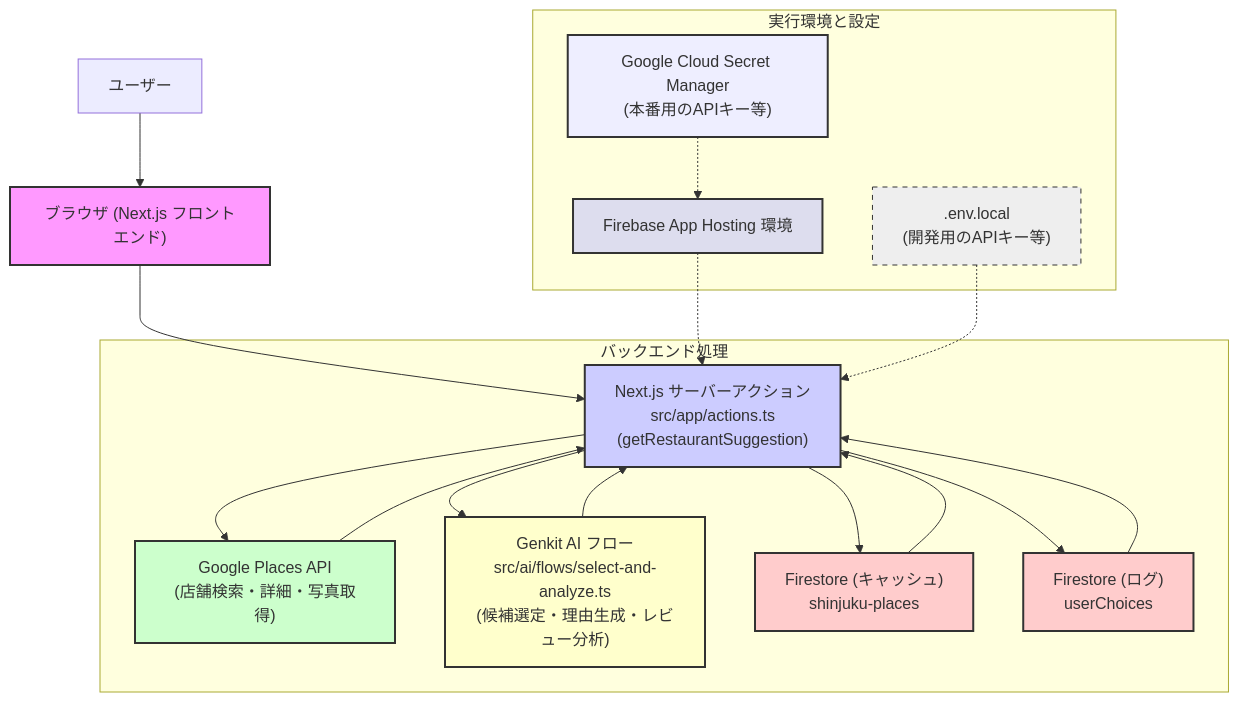
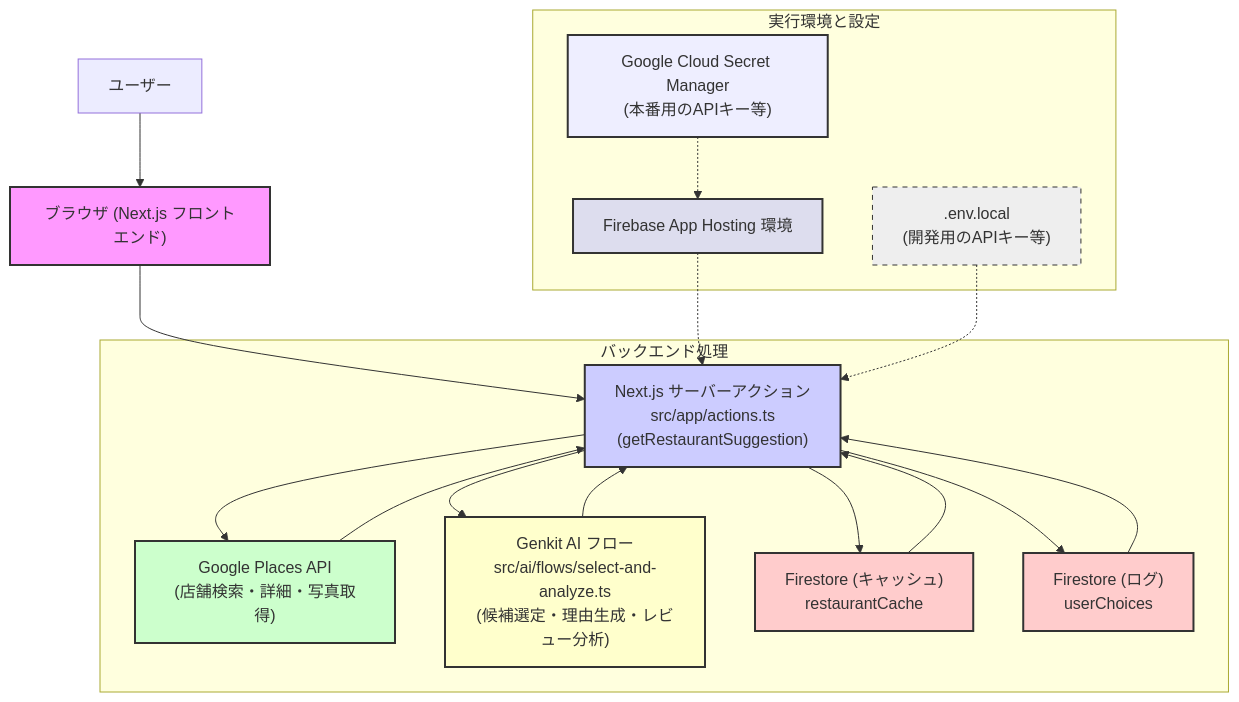
Before and after one commit to Yuya-Ishibashi0/AI-kanji: the first of 2 diagrams in README.md, drawn with Mermaid. The commit also changed other lines of this file and 1 other file, not shown here.

````diff
--- a/README.md
+++ b/README.md
@@ -30,33 +30,33 @@
 ```mermaid
 graph TD
     User[ユーザー] --> Browser["ブラウザ (Next.js フロントエンド)"]
     Browser --> ServerActions["Next.js サーバーアクション<br>src/app/actions.ts<br>(getRestaurantSuggestion)"]
     
     subgraph "バックエンド処理"
         ServerActions --> GooglePlacesAPI["Google Places API<br>(店舗検索・詳細・写真取得)"]
         ServerActions --> GenkitFlows["Genkit AI フロー<br>src/ai/flows/select-and-analyze.ts<br>(候補選定・理由生成・レビュー分析)"]
-        ServerActions --> FirestoreCache["Firestore (キャッシュ)<br>shinjuku-places"]
+        ServerActions --> FirestoreCache["Firestore (キャッシュ)<br>restaurantCache"]
         ServerActions --> FirestoreLog["Firestore (ログ)<br>userChoices"]
     end
     
     GooglePlacesAPI --> ServerActions
     GenkitFlows --> ServerActions
     FirestoreCache --> ServerActions
     FirestoreLog --> ServerActions
 
     subgraph "実行環境と設定"
       SecretManager["Google Cloud Secret Manager<br>(本番用のAPIキー等)"] -.-> AppHostingEnv["Firebase App Hosting 環境"]
       AppHostingEnv -.-> ServerActions
       EnvLocal[".env.local<br>(開発用のAPIキー等)"] -.-> ServerActions
     end
 
     style Browser fill:#f9f,stroke:#333,stroke-width:2px
     style ServerActions fill:#ccf,stroke:#333,stroke-width:2px
     style GooglePlacesAPI fill:#cfc,stroke:#333,stroke-width:2px
     style GenkitFlows fill:#ffc,stroke:#333,stroke-width:2px
     style FirestoreCache fill:#fcc,stroke:#333,stroke-width:2px
     style FirestoreLog fill:#fcc,stroke:#333,stroke-width:2px
     style SecretManager fill:#eef,stroke:#333,stroke-width:2px
     style AppHostingEnv fill:#dde,stroke:#333,stroke-width:2px
     style EnvLocal fill:#eee,stroke:#333,stroke-width:1px,stroke-dasharray: 5 5
 ```
````
